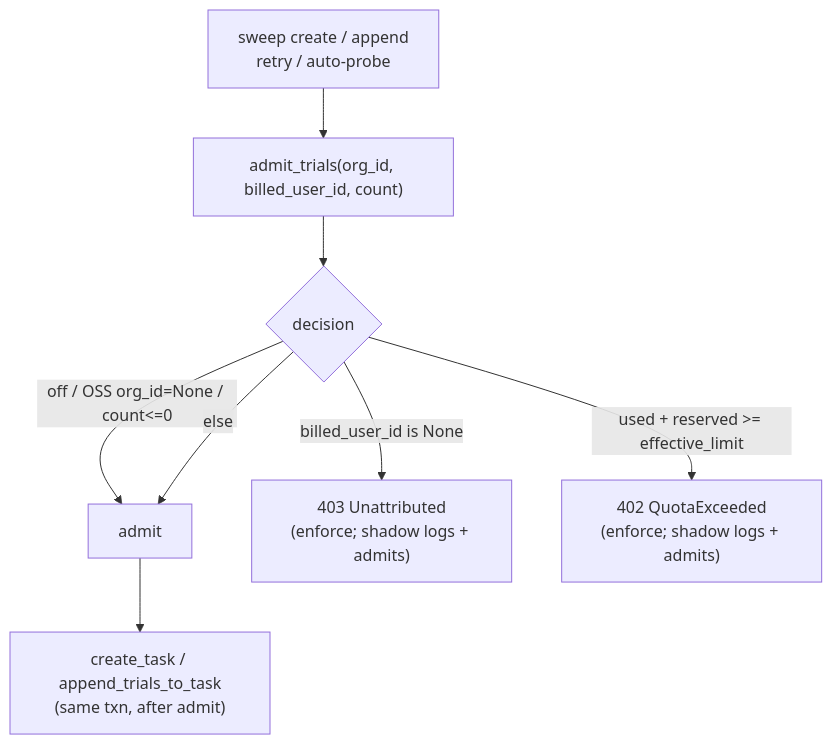
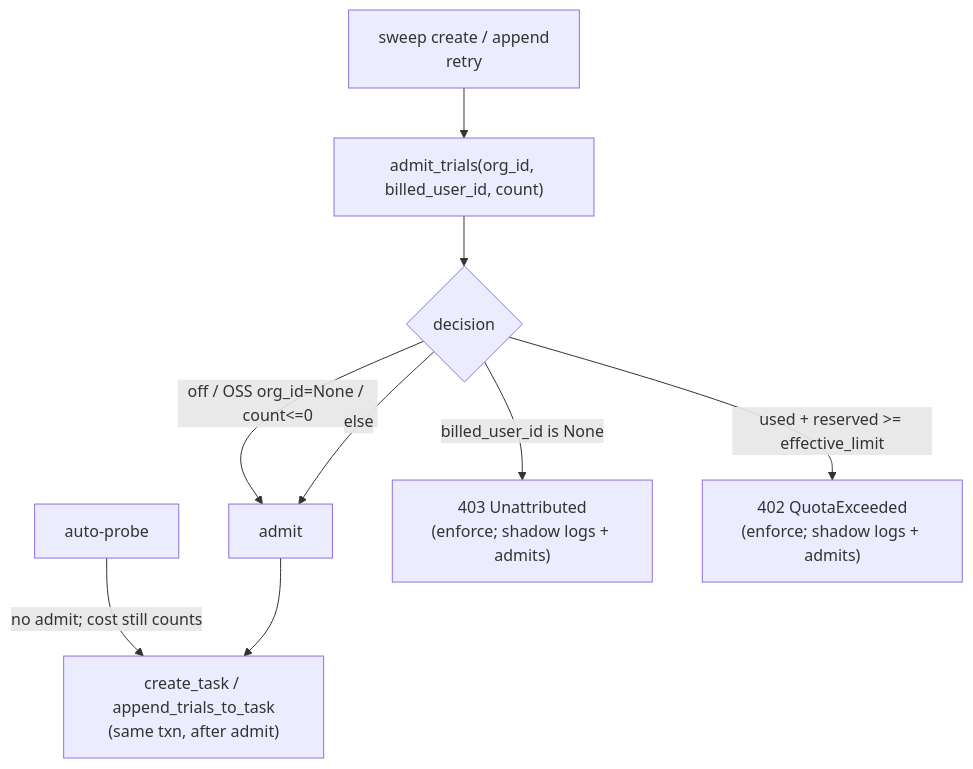
The diagram in docs/flow/S5-flow.md (abundant-ai/oddish), drawn with Mermaid before and after one commit. The commit also changed other lines of this file and 20 other files, not shown here.

````diff
--- a/docs/flow/S5-flow.md
+++ b/docs/flow/S5-flow.md
@@ -121,10 +122,11 @@
 ```mermaid
 flowchart TD
-  SUB["sweep create / append<br/>retry / auto-probe"] --> ADMIT["admit_trials(org_id, billed_user_id, count)"]
+  SUB["sweep create / append<br/>retry"] --> ADMIT["admit_trials(org_id, billed_user_id, count)"]
+  AP["auto-probe"] -->|no admit; cost still counts| WRITE
   ADMIT --> G{decision}
   G -->|off / OSS org_id=None / count<=0| PASS["admit"]
   G -->|billed_user_id is None| U["403 Unattributed<br/>(enforce; shadow logs + admits)"]
   G -->|used + reserved >= effective_limit| Q["402 QuotaExceeded<br/>(enforce; shadow logs + admits)"]
   G -->|else| PASS
   PASS --> WRITE["create_task / append_trials_to_task<br/>(same txn, after admit)"]
 ```
````
